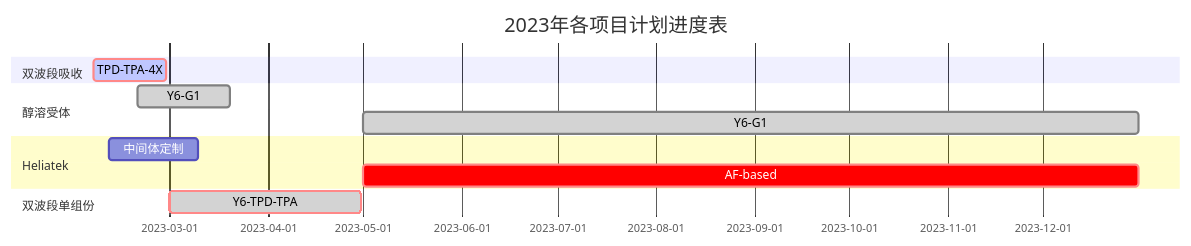
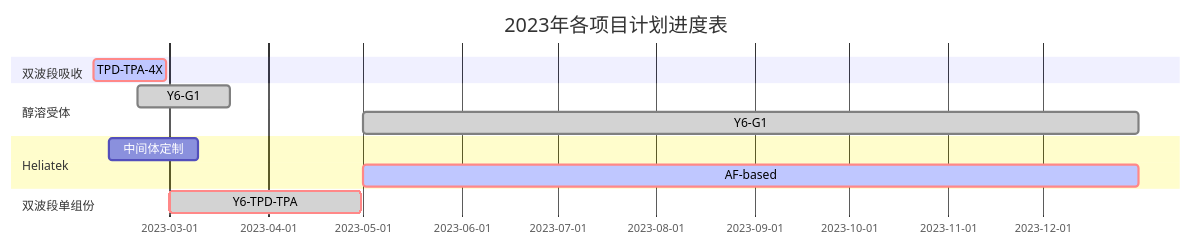
The second of 2 diagrams in blog/category1/gantt_weekly.md (qiao-ze/qiao-ze.github.io), drawn with Mermaid before and after one commit.

````diff
--- a/blog/category1/gantt_weekly.md
+++ b/blog/category1/gantt_weekly.md
@@ -50,19 +50,19 @@
 ```mermaid
  gantt
      dateFormat  YY-MM-DD
      title 2023年各项目计划进度表
      section 双波段吸收
      TPD-TPA-4X            :crit, active,   des1, 23-02-05,23-02-28
 
      section 醇溶受体
      Y6-G1            :done,    des1, 23-02-19,23-03-20
      Y6-G1            :done,    des1, 23-05-01,23-12-31
 
      section Heliatek
      中间体定制            :    des1, 23-02-10,23-03-10
-     AF-based             :crit,    des2, 23-05-01,23-12-31
+     AF-based             :crit, active, des2, 23-05-01,23-12-31
   
      section 双波段单组份
      Y6-TPD-TPA            :crit,done,    des1, 23-03-01,23-04-30
     
 ```
````
